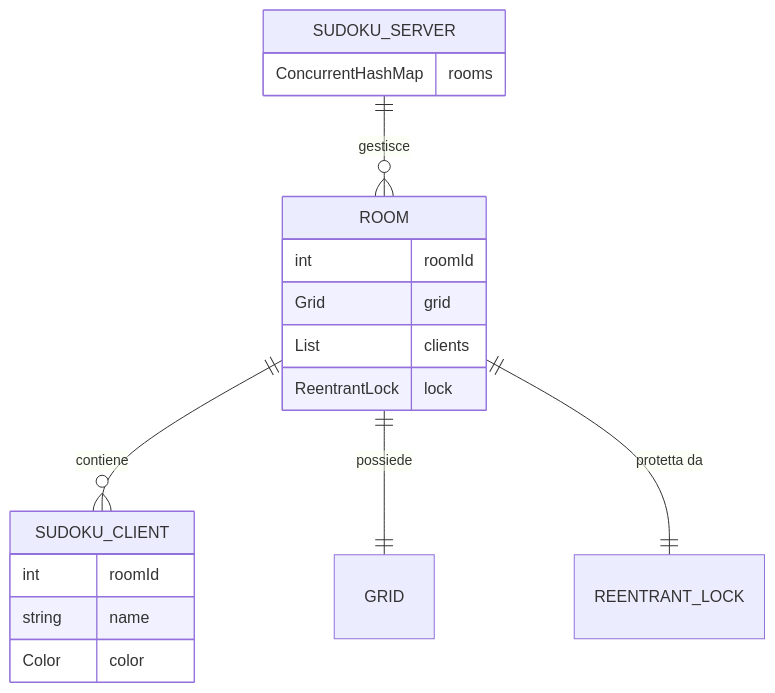
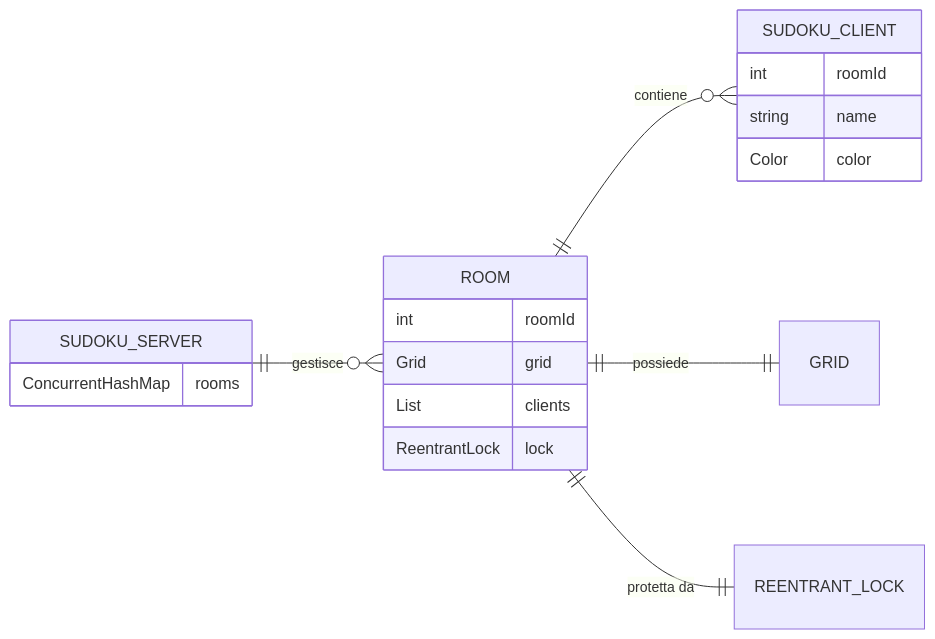
One commit to JBmanu/PCD-03 changed the second of 9 diagrams in sudoku-rmi/doc/report.md. Above: the diagram before and after it, drawn with Mermaid. The commit also changed other lines of this file and 2 other files, not shown here.

Commit message:
feat: report - sudoku javaRMI

````diff
--- a/sudoku-rmi/doc/report.md
+++ b/sudoku-rmi/doc/report.md
@@ -77,22 +70,38 @@
 ```mermaid
+---
+config:
+  theme: default
+  layout: dagre
+---
 erDiagram
-    SUDOKU_SERVER ||--o{ ROOM: "gestisce"
-    ROOM ||--o{ SUDOKU_CLIENT: "contiene"
-    ROOM ||--|| GRID: "possiede"
-    ROOM ||--|| REENTRANT_LOCK: "protetta da"
+	direction LR
+	SUDOKU_SERVER {
+		ConcurrentHashMap rooms  ""  
+	}
 
-    SUDOKU_SERVER {
-        ConcurrentHashMap rooms
-    }
-    ROOM {
-        int roomId
-        Grid grid
-        List clients
-        ReentrantLock lock
-    }
-    SUDOKU_CLIENT {
-        int roomId
-        string name
-        Color color
-    }
+	ROOM {
+		int roomId  ""  
+		Grid grid  ""  
+		List clients  ""  
+		ReentrantLock lock  ""  
+	}
+
+	SUDOKU_CLIENT {
+		int roomId  ""  
+		string name  ""  
+		Color color  ""  
+	}
+
+	GRID {
+
+	}
+
+	REENTRANT_LOCK {
+
+	}
+
+	SUDOKU_SERVER||--o{ROOM:"gestisce"
+	ROOM||--o{SUDOKU_CLIENT:"contiene"
+	ROOM||--||GRID:"possiede"
+	ROOM||--||REENTRANT_LOCK:"protetta da"
 ```
````
